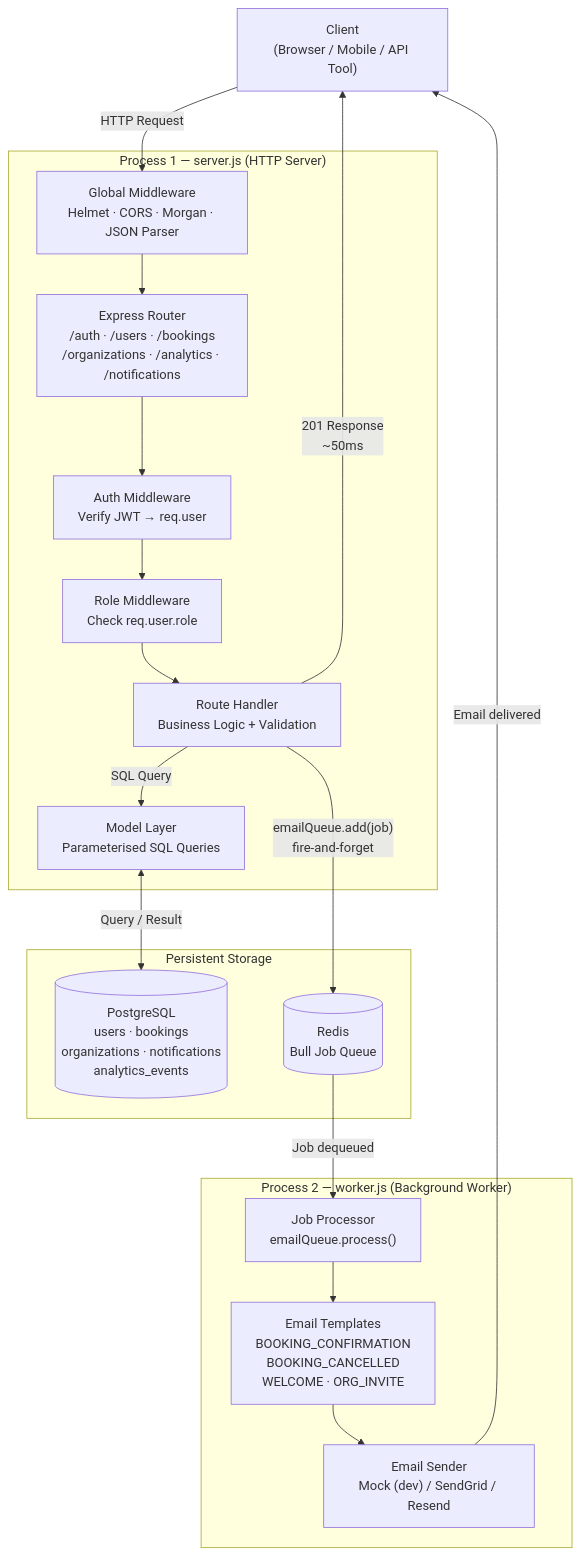
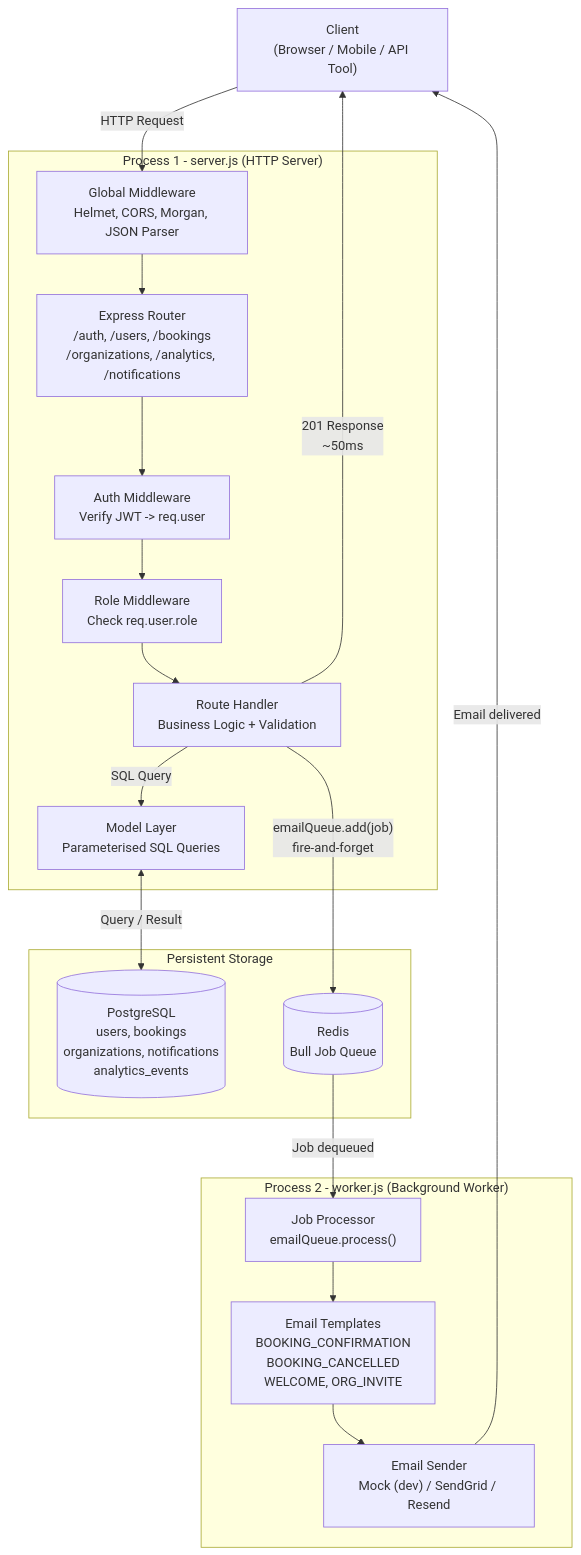
One commit to Ochanda-Charles/Event-scheduling-system changed the first of 15 diagrams in README.md. Above: the diagram before and after it, drawn with Mermaid. The commit also changed other lines of this file, not shown here.

Commit message:
docs: fix mermaid diagram rendering with proper indentation and syntax

````diff
--- a/README.md
+++ b/README.md
@@ -56,38 +56,38 @@
 ```mermaid
 graph TD
- Client[" Client<br/>(Browser / Mobile / API Tool)"]
+    Client["Client<br/>(Browser / Mobile / API Tool)"]
 
- subgraph Process1[" Process 1 — server.js (HTTP Server)"]
- MW[" Global Middleware<br/>Helmet · CORS · Morgan · JSON Parser"]
- Router[" Express Router<br/>/auth · /users · /bookings<br/>/organizations · /analytics · /notifications"]
- Auth[" Auth Middleware<br/>Verify JWT → req.user"]
- Role[" Role Middleware<br/>Check req.user.role"]
- Handler[" Route Handler<br/>Business Logic + Validation"]
- Model[" Model Layer<br/>Parameterised SQL Queries"]
- end
+    subgraph Process1["Process 1 - server.js (HTTP Server)"]
+        MW["Global Middleware<br/>Helmet, CORS, Morgan, JSON Parser"]
+        Router["Express Router<br/>/auth, /users, /bookings<br/>/organizations, /analytics, /notifications"]
+        Auth["Auth Middleware<br/>Verify JWT -> req.user"]
+        Role["Role Middleware<br/>Check req.user.role"]
+        Handler["Route Handler<br/>Business Logic + Validation"]
+        Model["Model Layer<br/>Parameterised SQL Queries"]
+    end
 
- subgraph Process2[" Process 2 — worker.js (Background Worker)"]
- Processor[" Job Processor<br/>emailQueue.process()"]
- Templates[" Email Templates<br/>BOOKING_CONFIRMATION<br/>BOOKING_CANCELLED<br/>WELCOME · ORG_INVITE"]
- Sender[" Email Sender<br/>Mock (dev) / SendGrid / Resend"]
- end
+    subgraph Process2["Process 2 - worker.js (Background Worker)"]
+        Processor["Job Processor<br/>emailQueue.process()"]
+        Templates["Email Templates<br/>BOOKING_CONFIRMATION<br/>BOOKING_CANCELLED<br/>WELCOME, ORG_INVITE"]
+        Sender["Email Sender<br/>Mock (dev) / SendGrid / Resend"]
+    end
 
- subgraph Storage[" Persistent Storage"]
- PG[(" PostgreSQL<br/>users · bookings<br/>organizations · notifications<br/>analytics_events")]
- Redis[(" Redis<br/>Bull Job Queue")]
- end
+    subgraph Storage["Persistent Storage"]
+        PG[("PostgreSQL<br/>users, bookings<br/>organizations, notifications<br/>analytics_events")]
+        Redis[("Redis<br/>Bull Job Queue")]
+    end
 
- Client -->|"HTTP Request"| MW
- MW --> Router
- Router --> Auth
- Auth --> Role
- Role --> Handler
- Handler -->|"SQL Query"| Model
- Model <-->|"Query / Result"| PG
- Handler -->|"emailQueue.add(job)<br/>fire-and-forget"| Redis
- Handler -->|"201 Response<br/>~50ms"| Client
- Redis -->|"Job dequeued"| Processor
- Processor --> Templates
- Templates --> Sender
- Sender -->|"Email delivered"| Client
+    Client -->|"HTTP Request"| MW
+    MW --> Router
+    Router --> Auth
+    Auth --> Role
+    Role --> Handler
+    Handler -->|"SQL Query"| Model
+    Model <-->|"Query / Result"| PG
+    Handler -->|"emailQueue.add(job)<br/>fire-and-forget"| Redis
+    Handler -->|"201 Response<br/>~50ms"| Client
+    Redis -->|"Job dequeued"| Processor
+    Processor --> Templates
+    Templates --> Sender
+    Sender -->|"Email delivered"| Client
 ```
````
